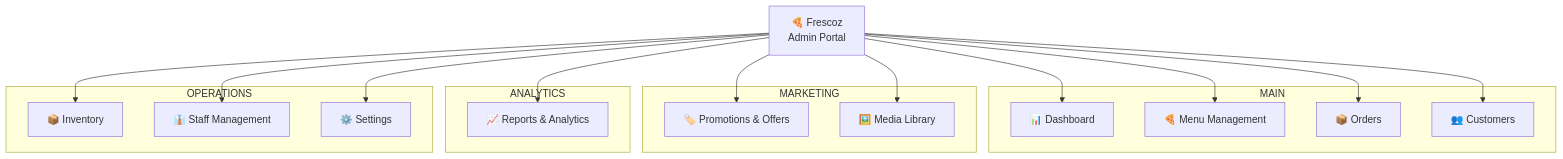
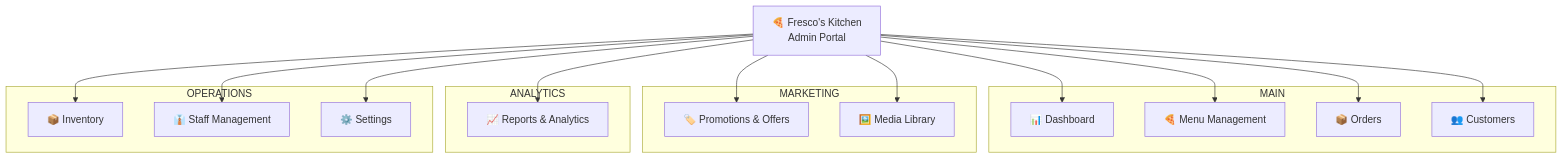
One commit to csanni/frescos-app changed the second of 7 diagrams in campus_food_ordering_system/docs/admin_portal_system_design.md. Above: the diagram before and after it, drawn with Mermaid. The commit also changed other lines of this file and 3 other files, not shown here.

````diff
--- a/campus_food_ordering_system/docs/admin_portal_system_design.md
+++ b/campus_food_ordering_system/docs/admin_portal_system_design.md
@@ -105,31 +159,31 @@
 ```mermaid
 graph TB
-    SIDEBAR["🍕 Frescoz<br/>Admin Portal"]
+    SIDEBAR["🍕 Fresco's Kitchen<br/>Admin Portal"]
 
     subgraph "MAIN"
         DASH["📊 Dashboard"]
         MENU["🍕 Menu Management"]
         ORDERS["📦 Orders"]
         CUST["👥 Customers"]
     end
 
     subgraph "MARKETING"
         PROMOS["🏷️ Promotions & Offers"]
         MEDIA["🖼️ Media Library"]
     end
 
     subgraph "ANALYTICS"
         REPORTS["📈 Reports & Analytics"]
     end
 
     subgraph "OPERATIONS"
         INV["📦 Inventory"]
         STAFF["👔 Staff Management"]
         SETTINGS["⚙️ Settings"]
     end
 
     SIDEBAR --> DASH & MENU & ORDERS & CUST
     SIDEBAR --> PROMOS & MEDIA
     SIDEBAR --> REPORTS
     SIDEBAR --> INV & STAFF & SETTINGS
 ```
````
